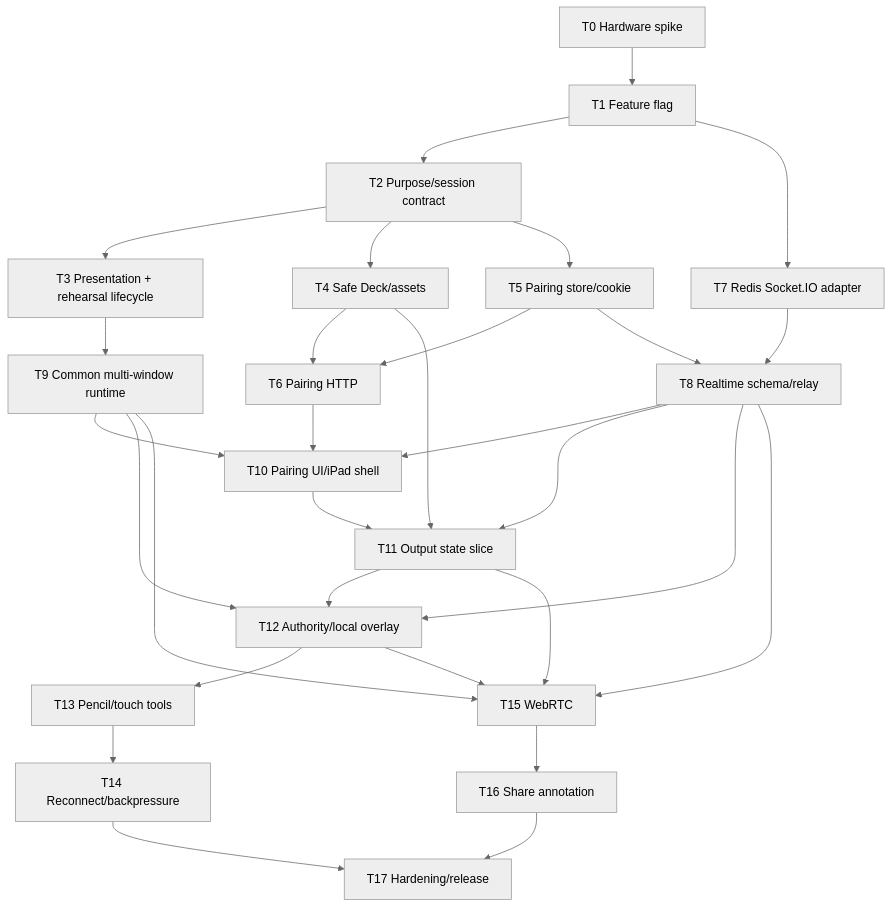
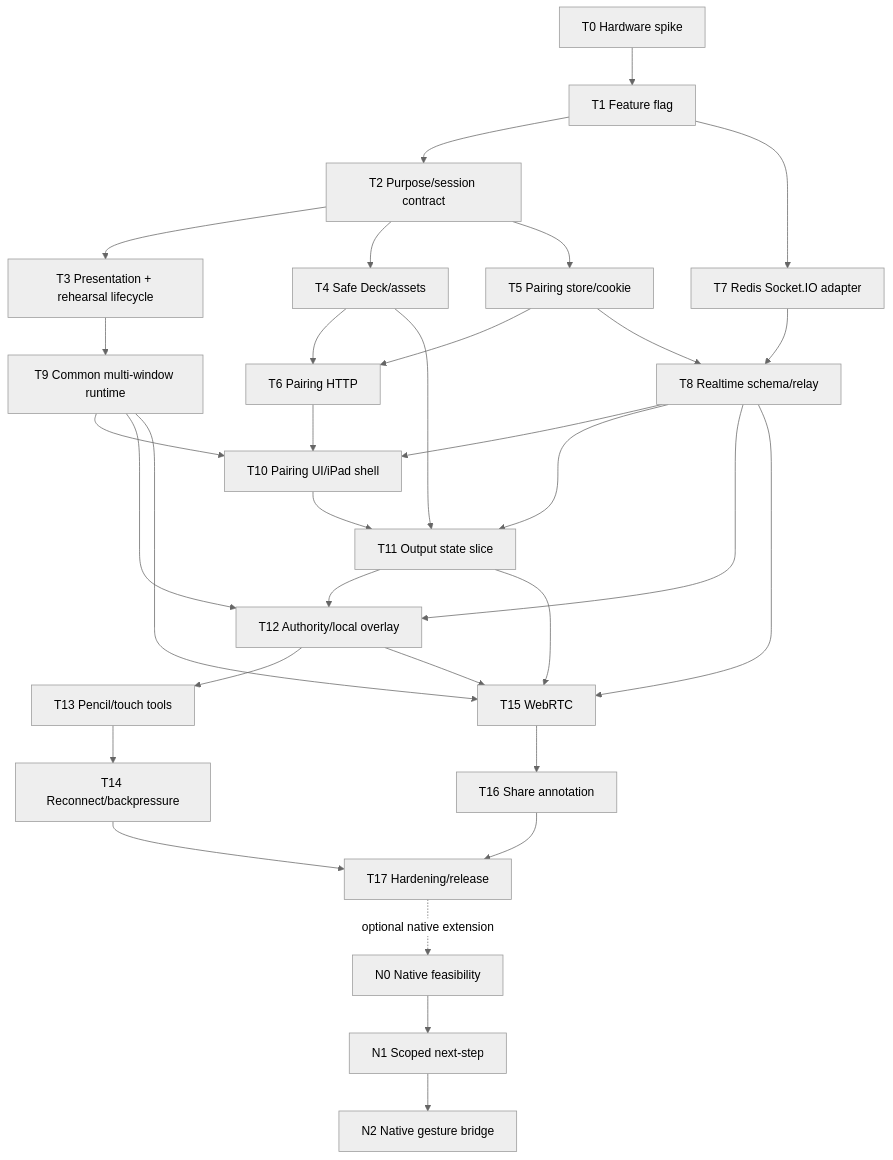
The third of 3 diagrams in docs/plans/ipad-presenter-companion-implementation-plan.md (na-man-mu-303-team2/Orbit), drawn with Mermaid (neutral theme) before and after one commit. The commit also changed other lines of this file and 1 other file, not shown here.

````diff
--- a/docs/plans/ipad-presenter-companion-implementation-plan.md
+++ b/docs/plans/ipad-presenter-companion-implementation-plan.md
@@ -1050,32 +1231,35 @@
 ```mermaid
 flowchart TD
   T0["T0 Hardware spike"] --> T1["T1 Feature flag"]
   T1 --> T2["T2 Purpose/session contract"]
   T2 --> T3["T3 Presentation + rehearsal lifecycle"]
   T2 --> T4["T4 Safe Deck/assets"]
   T2 --> T5["T5 Pairing store/cookie"]
   T4 --> T6["T6 Pairing HTTP"]
   T5 --> T6
   T1 --> T7["T7 Redis Socket.IO adapter"]
   T5 --> T8["T8 Realtime schema/relay"]
   T7 --> T8
   T3 --> T9["T9 Common multi-window runtime"]
   T6 --> T10["T10 Pairing UI/iPad shell"]
   T8 --> T10
   T9 --> T10
   T4 --> T11["T11 Output state slice"]
   T8 --> T11
   T10 --> T11
   T8 --> T12["T12 Authority/local overlay"]
   T9 --> T12
   T11 --> T12
   T12 --> T13["T13 Pencil/touch tools"]
   T13 --> T14["T14 Reconnect/backpressure"]
   T8 --> T15["T15 WebRTC"]
   T9 --> T15
   T11 --> T15
   T12 --> T15
   T15 --> T16["T16 Share annotation"]
   T14 --> T17["T17 Hardening/release"]
   T16 --> T17
+  T17 -. "optional native extension" .-> N0["N0 Native feasibility"]
+  N0 --> N1["N1 Scoped next-step"]
+  N1 --> N2["N2 Native gesture bridge"]
 ```
````
